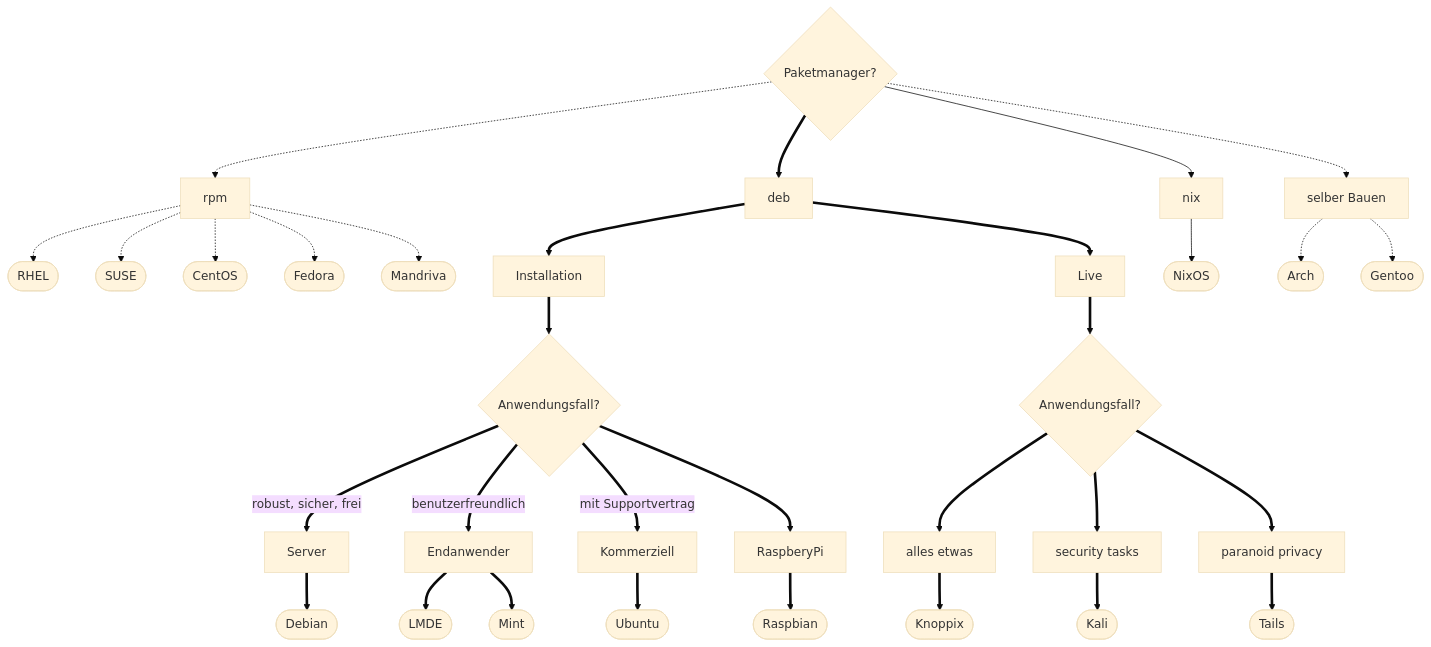
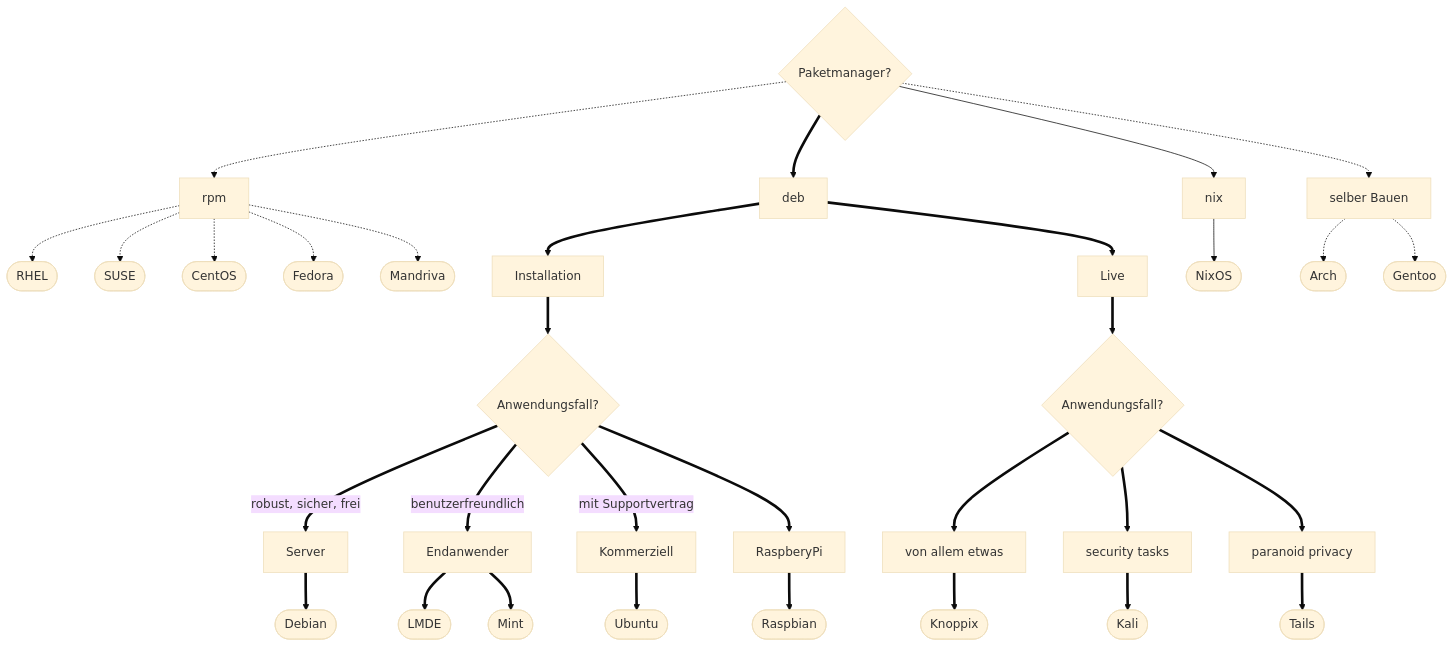
One commit to johannesloetzsch/linux-praktikum changed the first of 2 diagrams in src/installation/grundlagen/entscheidungen.md. Above: the diagram before and after it, drawn with Mermaid (base theme). The commit also changed 8 other files, not shown here.

````diff
--- a/src/installation/grundlagen/entscheidungen.md
+++ b/src/installation/grundlagen/entscheidungen.md
@@ -5,34 +5,34 @@
 ```mermaid
 flowchart TD
     Paketmanager{Paketmanager?}
     Paketmanager -.-> rpm
     rpm -.-> RHEL([RHEL])
     rpm -.-> SUSE([SUSE])
     rpm -.-> CentOS([CentOS])
     rpm -.-> Fedora([Fedora])
     rpm -.-> Mandriva([Mandriva])
     Paketmanager ==> deb
     deb ==> Installation
     Installation ==> Anwendungsfall{Anwendungsfall?}
     Anwendungsfall == robust, sicher, frei ==> Server
     Server ==> Debian([Debian])
     Anwendungsfall == benutzerfreundlich ==> Endanwender
     Endanwender ==> LMDE([LMDE])
     Endanwender ==> Mint([Mint])
     Anwendungsfall == mit Supportvertrag ==> Kommerziell
     Kommerziell ==> Ubuntu([Ubuntu])
     Anwendungsfall ==> RaspberyPi
     RaspberyPi ==> Raspbian([Raspbian])
     deb ==> Live ==> AnwendungsfallLive{Anwendungsfall?}
-    AnwendungsfallLive ==> alles[alles etwas]
+    AnwendungsfallLive ==> alles[von allem etwas]
     alles ==> Knoppix([Knoppix])
     AnwendungsfallLive ==> Security[security tasks]
     Security ==> Kali([Kali])
     AnwendungsfallLive ==> Privacy[paranoid privacy]
     Privacy ==> Tails([Tails])
     Paketmanager --> nix
     nix --> NixOS([NixOS])
     Paketmanager -.-> selber[selber Bauen]
     selber -.-> Arch([Arch])
     selber -.-> Gentoo([Gentoo])
 ```
````
